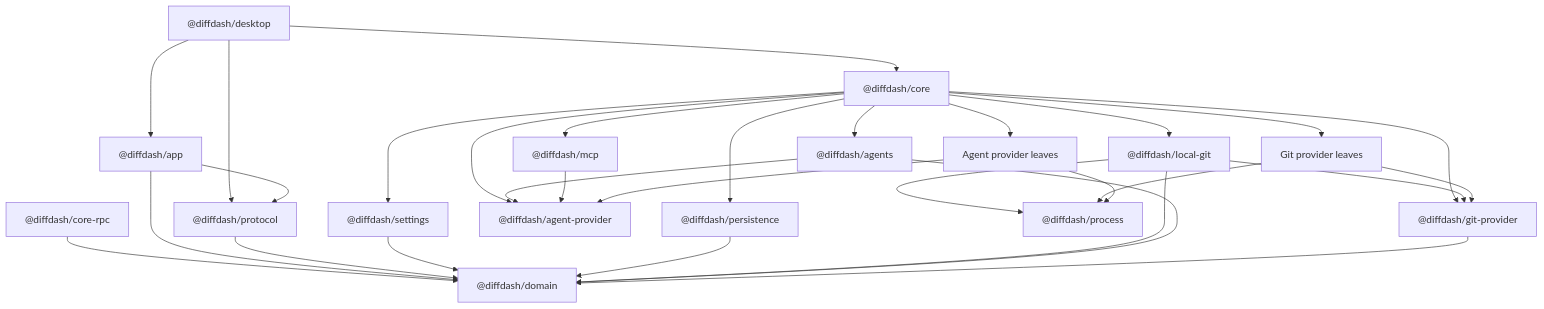
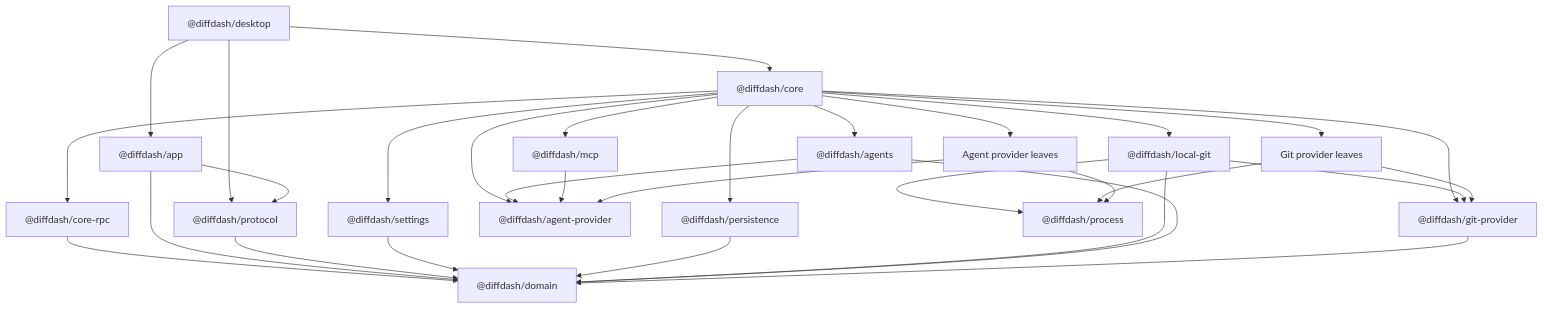
Before and after one commit to byfungsi/diffdash: the diagram in docs/architecture.md, drawn with Mermaid. The commit also changed other lines of this file and 17 other files, not shown here.

````diff
--- a/docs/architecture.md
+++ b/docs/architecture.md
@@ -12,33 +12,34 @@
 ```mermaid
 graph TD
   desktop["@diffdash/desktop"] --> core["@diffdash/core"]
   desktop["@diffdash/desktop"] --> app["@diffdash/app"]
   desktop --> protocol["@diffdash/protocol"]
   core --> settings["@diffdash/settings"]
   core --> persistence["@diffdash/persistence"]
   core --> localGit["@diffdash/local-git"]
   core --> agents["@diffdash/agents"]
   core --> mcp["@diffdash/mcp"]
   core --> gitSdk["@diffdash/git-provider"]
   core --> agentSdk["@diffdash/agent-provider"]
+  core --> coreRpc["@diffdash/core-rpc"]
   core --> gitProviders["Git provider leaves"]
   core --> agentProviders["Agent provider leaves"]
   coreRpc["@diffdash/core-rpc"] --> domain["@diffdash/domain"]
 
   app --> protocol
   app --> domain["@diffdash/domain"]
   protocol --> domain
   settings --> domain
   persistence --> domain
   localGit --> domain
   localGit --> gitSdk
   localGit --> process["@diffdash/process"]
   agents --> domain
   agents --> agentSdk
   mcp --> agentSdk
   gitSdk --> domain
   gitProviders --> gitSdk
   gitProviders --> process
   agentProviders --> agentSdk
   agentProviders --> process
 ```
````
